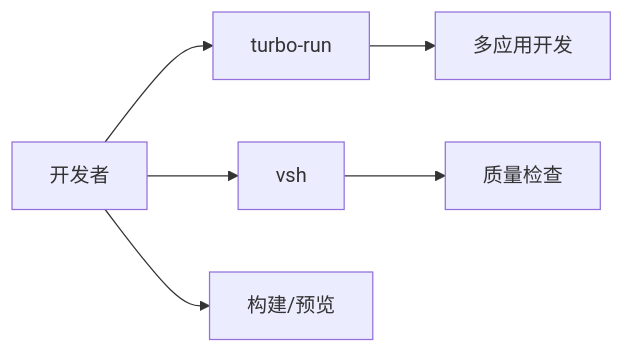
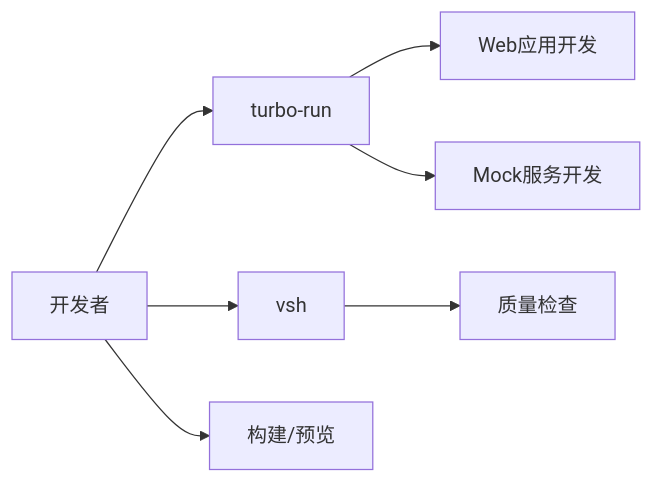
One commit to liuyinzhong/hive changed the sixth of 7 diagrams in .qoder/repowiki/zh/content/应用开发/开发工作流.md. Above: the diagram before and after it, drawn with Mermaid. The commit also changed other lines of this file and 6 other files, not shown here.

````diff
--- a/.qoder/repowiki/zh/content/应用开发/开发工作流.md
+++ b/.qoder/repowiki/zh/content/应用开发/开发工作流.md
@@ -247,8 +273,9 @@
 ```mermaid
 graph LR
 Dev["开发者"] --> TurboRun["turbo-run"]
 Dev --> VSH["vsh"]
-TurboRun --> MultiApps["多应用开发"]
+TurboRun --> WebApp["Web应用开发"]
+TurboRun --> Mock["Mock服务开发"]
 VSH --> Quality["质量检查"]
 Dev --> Build["构建/预览"]
 ```
````
